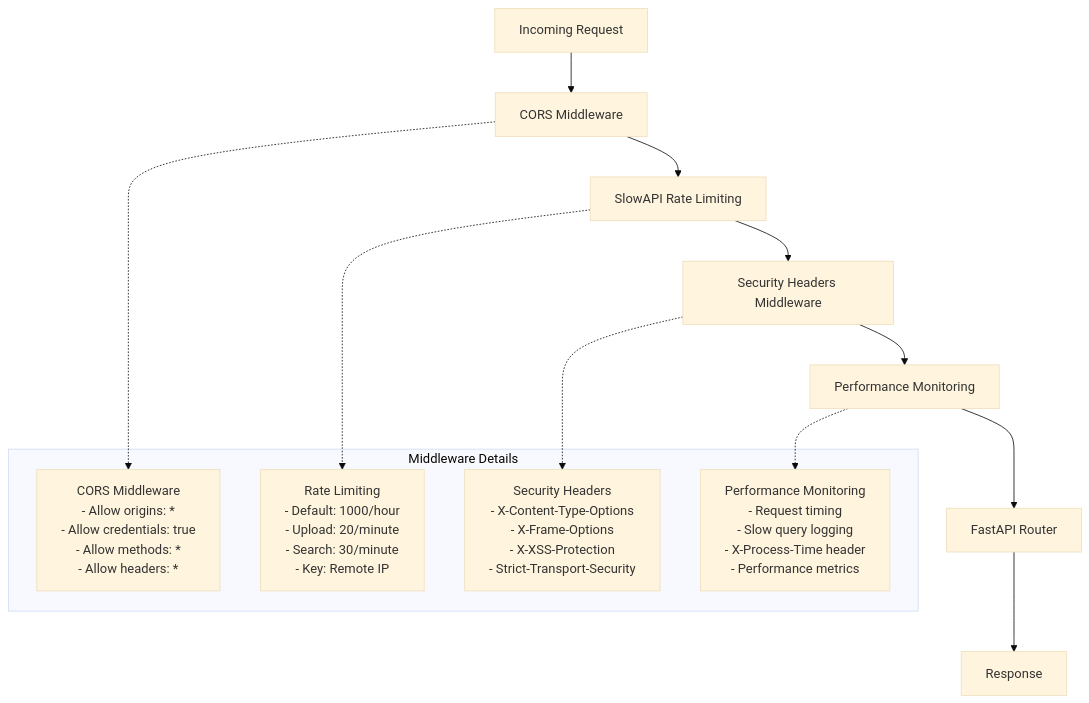
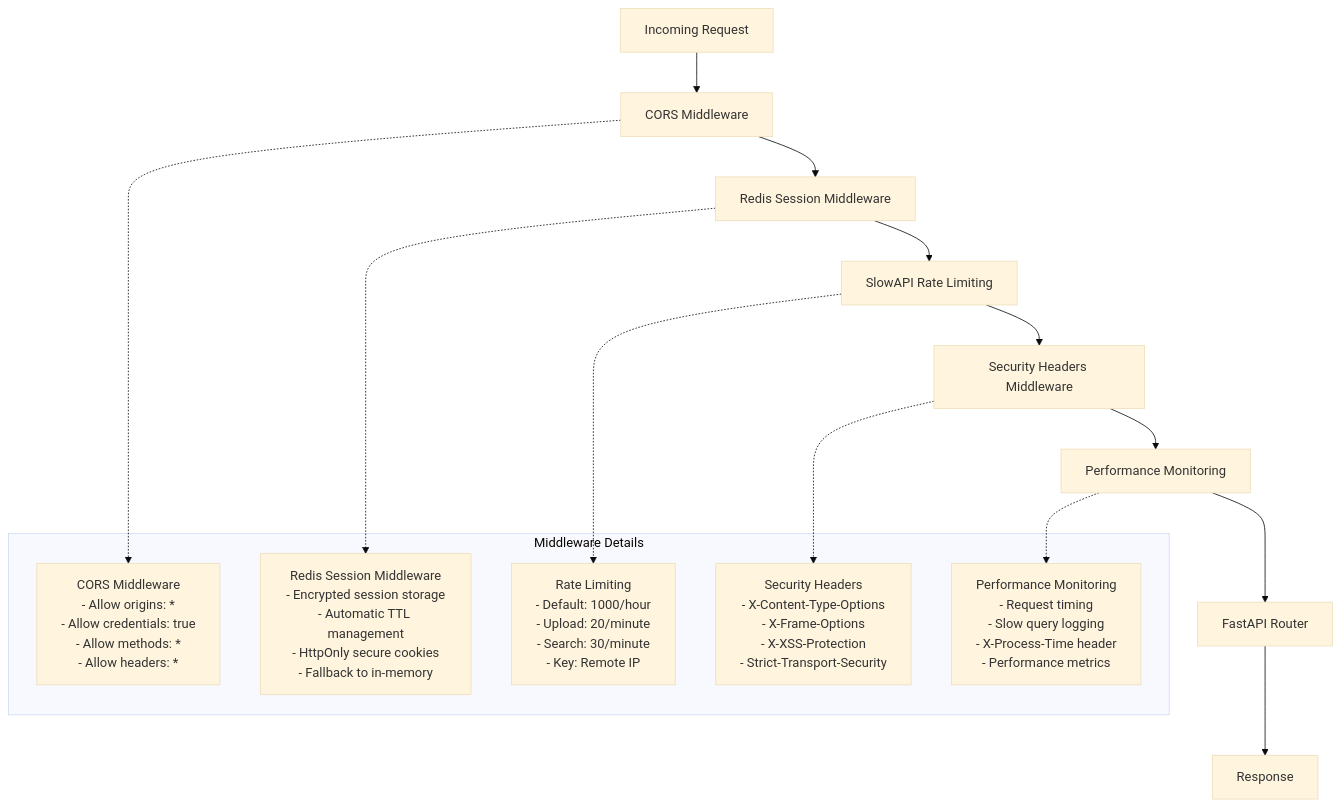
One commit to callum-doty/pc-simple changed the second of 9 diagrams in architecture/application_architecture.md. Above: the diagram before and after it, drawn with Mermaid (base theme). The commit also changed other lines of this file and 4 other files, not shown here.

Commit message:
upd architecture docs

````diff
--- a/architecture/application_architecture.md
+++ b/architecture/application_architecture.md
@@ -61,24 +61,28 @@
 ```mermaid
 graph TD
     REQUEST[Incoming Request] --> CORS[CORS Middleware]
-    CORS --> SLOWAPI[SlowAPI Rate Limiting]
+    CORS --> SESSION[Redis Session Middleware]
+    SESSION --> SLOWAPI[SlowAPI Rate Limiting]
     SLOWAPI --> SECURITY[Security Headers Middleware]
     SECURITY --> PERFORMANCE[Performance Monitoring]
     PERFORMANCE --> FASTAPI[FastAPI Router]
     FASTAPI --> RESPONSE[Response]
 
     subgraph "Middleware Details"
         CORS_DETAIL["CORS Middleware<br/>- Allow origins: *<br/>- Allow credentials: true<br/>- Allow methods: *<br/>- Allow headers: *"]
+
+        SESSION_DETAIL["Redis Session Middleware<br/>- Encrypted session storage<br/>- Automatic TTL management<br/>- HttpOnly secure cookies<br/>- Fallback to in-memory"]
 
         SLOWAPI_DETAIL["Rate Limiting<br/>- Default: 1000/hour<br/>- Upload: 20/minute<br/>- Search: 30/minute<br/>- Key: Remote IP"]
 
         SECURITY_DETAIL["Security Headers<br/>- X-Content-Type-Options<br/>- X-Frame-Options<br/>- X-XSS-Protection<br/>- Strict-Transport-Security"]
 
         PERFORMANCE_DETAIL["Performance Monitoring<br/>- Request timing<br/>- Slow query logging<br/>- X-Process-Time header<br/>- Performance metrics"]
     end
 
     CORS -.-> CORS_DETAIL
+    SESSION -.-> SESSION_DETAIL
     SLOWAPI -.-> SLOWAPI_DETAIL
     SECURITY -.-> SECURITY_DETAIL
     PERFORMANCE -.-> PERFORMANCE_DETAIL
 ```
````
